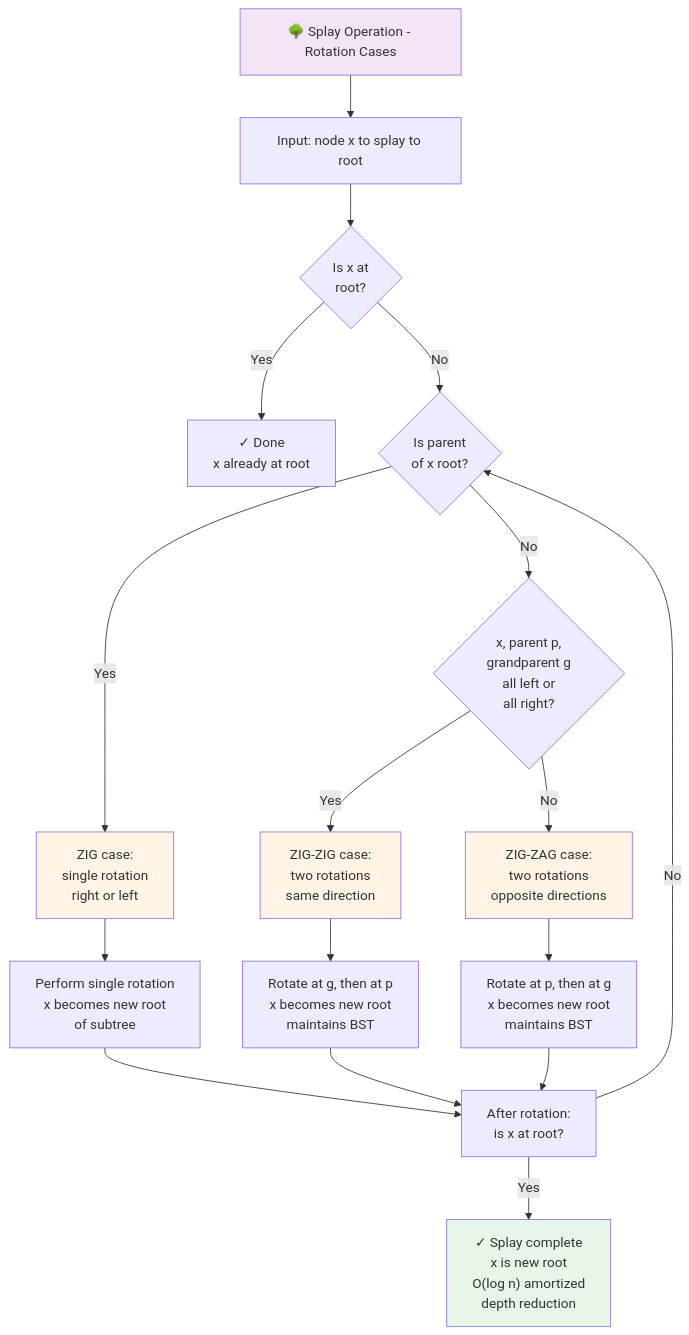
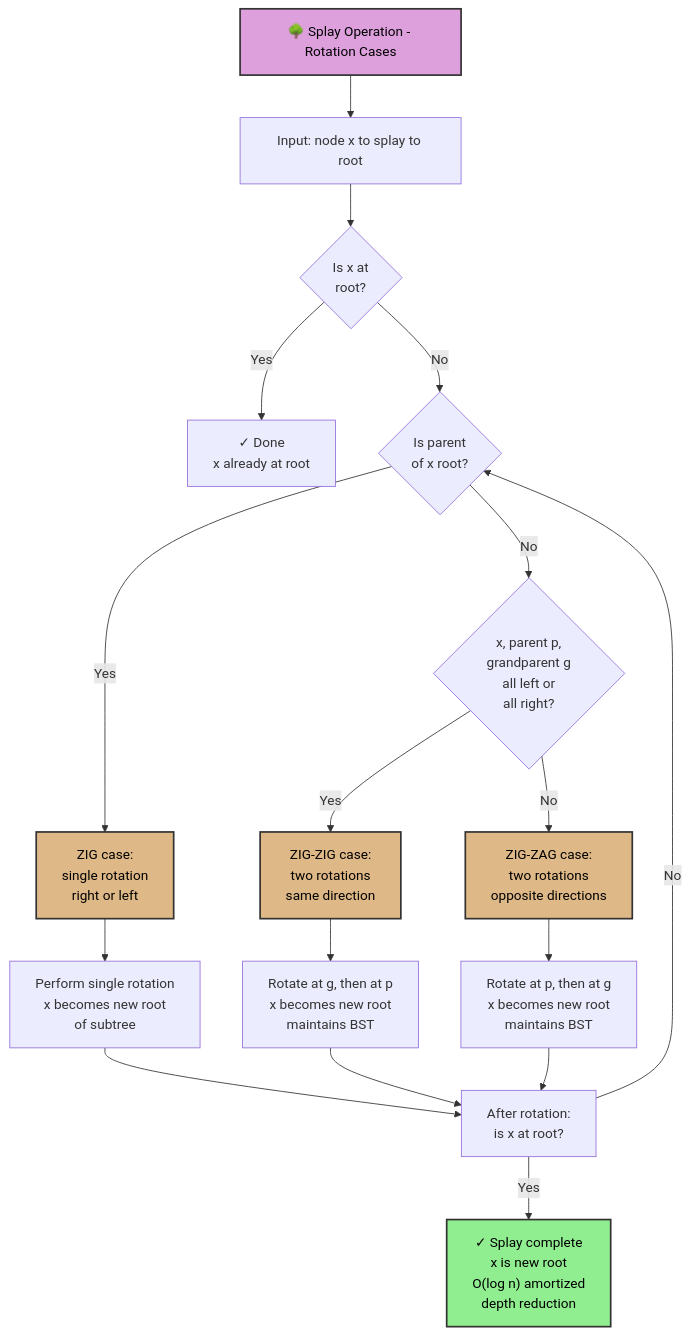
The second of 4 diagrams in docs/advanced_ds/splay_tree.md (souradeepta/interviewprep), drawn with Mermaid before and after one commit. The commit also changed other lines of this file and 31 other files, not shown here.

Commit message:
updated graphs

````diff
--- a/docs/advanced_ds/splay_tree.md
+++ b/docs/advanced_ds/splay_tree.md
@@ -128,25 +128,25 @@
 ```mermaid
 flowchart TD
     A["🌳 Splay Operation - Rotation Cases"] --> B["Input: node x to splay to root"]
     B --> C{Is x at<br/>root?}
     C -->|Yes| D["✓ Done<br/>x already at root"]
     C -->|No| E{"Is parent<br/>of x root?"}
     E -->|Yes| F["ZIG case:<br/>single rotation<br/>right or left"]
     E -->|No| G{"x, parent p,<br/>grandparent g<br/>all left or<br/>all right?"}
     G -->|Yes| H["ZIG-ZIG case:<br/>two rotations<br/>same direction"]
     G -->|No| I["ZIG-ZAG case:<br/>two rotations<br/>opposite directions"]
     F --> J["Perform single rotation<br/>x becomes new root<br/>of subtree"]
     H --> K["Rotate at g, then at p<br/>x becomes new root<br/>maintains BST"]
     I --> L["Rotate at p, then at g<br/>x becomes new root<br/>maintains BST"]
     J --> M["After rotation:<br/>is x at root?"]
     K --> M
     L --> M
     M -->|No| E
     M -->|Yes| N["✓ Splay complete<br/>x is new root<br/>O(log n) amortized<br/>depth reduction"]
     
-    style A fill:#f3e5f5
-    style F fill:#fff4e6
-    style H fill:#fff4e6
-    style I fill:#fff4e6
-    style N fill:#e8f5e9
+    style A fill:#dda0dd,color:#000,stroke:#333,stroke-width:2px
+    style F fill:#deb887,color:#000,stroke:#333,stroke-width:2px
+    style H fill:#deb887,color:#000,stroke:#333,stroke-width:2px
+    style I fill:#deb887,color:#000,stroke:#333,stroke-width:2px
+    style N fill:#90ee90,color:#000,stroke:#333,stroke-width:2px
 ```
````
